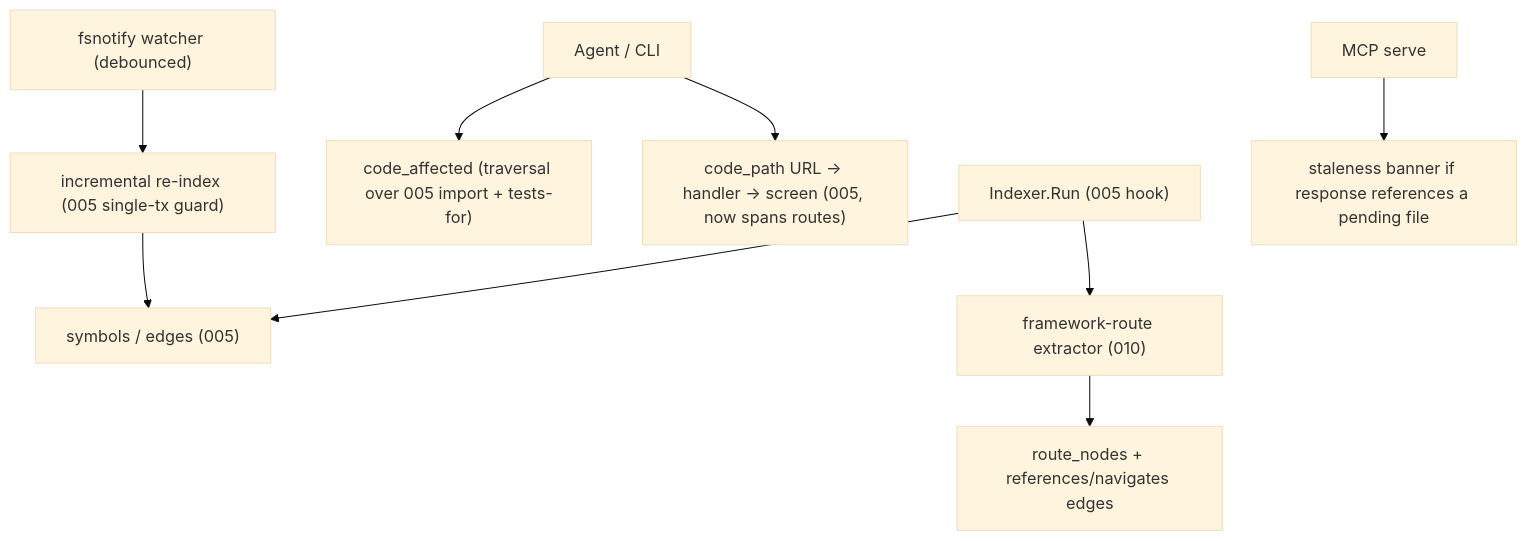
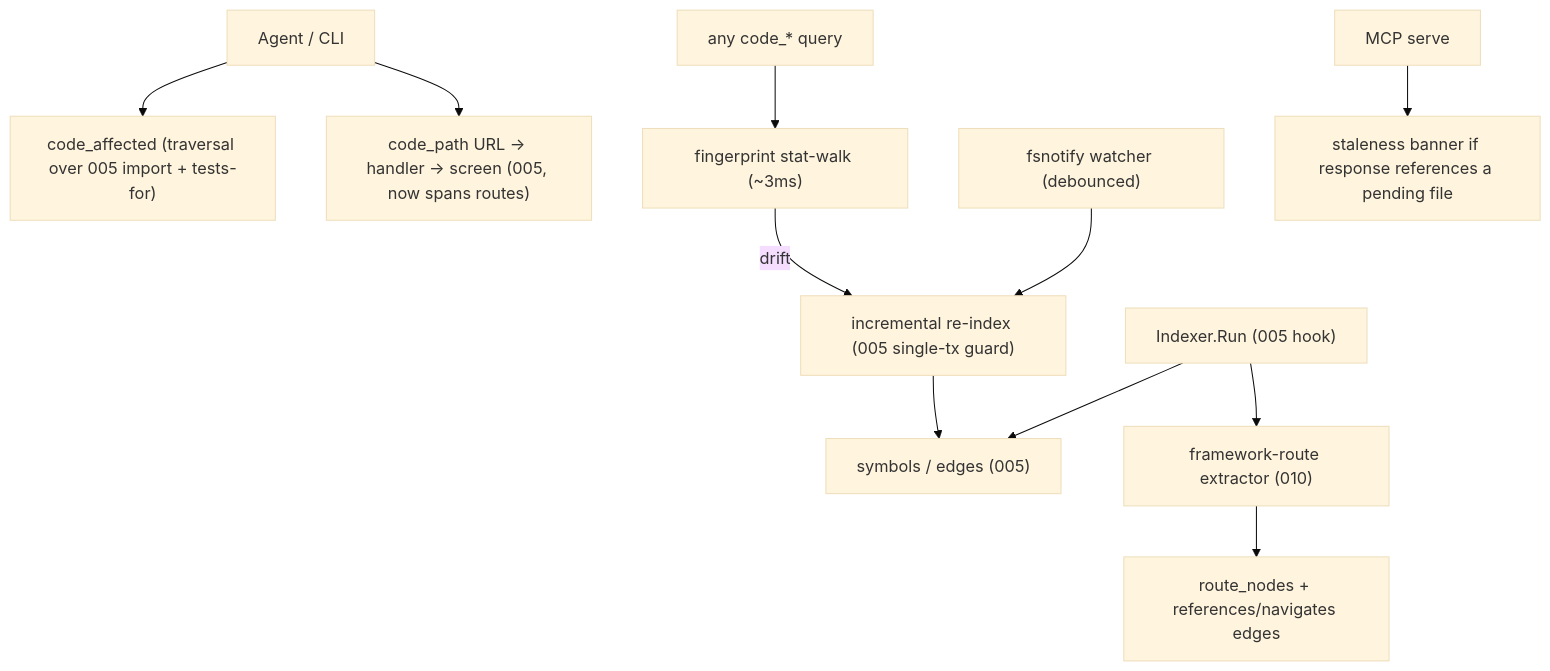
One commit to devopstales/aiskillgrid changed the diagram in docs/skillgrid/changes/010-mnemonic-framework-routes-affected/change.md. Above: the diagram before and after it, drawn with Mermaid (base theme). The commit also changed other lines of this file and 12 other files, not shown here.

````diff
--- a/docs/skillgrid/changes/010-mnemonic-framework-routes-affected/change.md
+++ b/docs/skillgrid/changes/010-mnemonic-framework-routes-affected/change.md
@@ -177,11 +189,13 @@
 ```mermaid
 flowchart TD
   indexRun["Indexer.Run (005 hook)"] --> symbols["symbols / edges (005)"]
   indexRun --> routes["framework-route extractor (010)"]
   routes --> routeNodes["route_nodes + references/navigates edges"]
   agent["Agent / CLI"] --> affected["code_affected (traversal over 005 import + tests-for)"]
   agent --> path["code_path URL -> handler -> screen (005, now spans routes)"]
   watcher["fsnotify watcher (debounced)"] --> reindex["incremental re-index (005 single-tx guard)"]
   reindex --> symbols
+  query["any code_* query"] --> gate["fingerprint stat-walk (~3ms)"]
+  gate -- "drift" --> reindex
   mcp["MCP serve"] --> banner["staleness banner if response references a pending file"]
 ```
````
